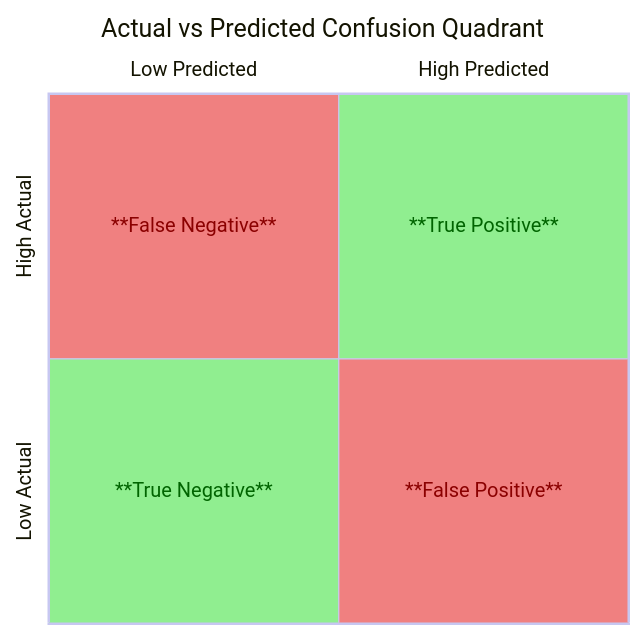
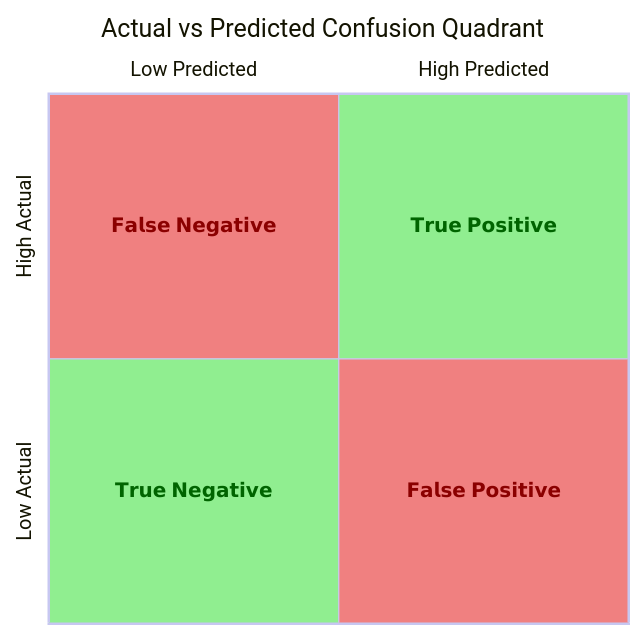
One commit to VanshDeshwal/notes changed the seventh of 7 diagrams in Data Science Notes/100 days of ML/Machine Learning Notes.md. Above: the diagram before and after it, drawn with Mermaid.

Commit message:
vault backup: 2025-08-05 01:16:31

````diff
--- a/Data Science Notes/100 days of ML/Machine Learning Notes.md
+++ b/Data Science Notes/100 days of ML/Machine Learning Notes.md
@@ -1555,24 +1555,24 @@
 ```mermaid
 %%{init: {
   "theme": "default",
   "themeVariables": {
     "quadrant1Fill": "#90ee90",
     "quadrant1TextFill": "#006400",
     "quadrant2Fill": "#f08080",
     "quadrant2TextFill": "#8b0000",
     "quadrant3Fill": "#90ee90",
     "quadrant3TextFill": "#006400",
     "quadrant4Fill": "#f08080",
     "quadrant4TextFill": "#8b0000"
   }
 }}%%
 quadrantChart
     title Actual vs Predicted Confusion Quadrant
     x-axis Low Predicted --> High Predicted
     y-axis Low Actual --> High Actual
-    quadrant-1 **True Positive**
-    quadrant-2 **False Negative**
-    quadrant-3 **True Negative**
-    quadrant-4 **False Positive**
+    quadrant-1 𝗧𝗿𝘂𝗲 𝗣𝗼𝘀𝗶𝘁𝗶𝘃𝗲
+    quadrant-2 𝗙𝗮𝗹𝘀𝗲 𝗡𝗲𝗴𝗮𝘁𝗶𝘃𝗲
+    quadrant-3 𝗧𝗿𝘂𝗲 𝗡𝗲𝗴𝗮𝘁𝗶𝘃𝗲
+    quadrant-4 𝗙𝗮𝗹𝘀𝗲 𝗣𝗼𝘀𝗶𝘁𝗶𝘃𝗲
 
 ```
````
